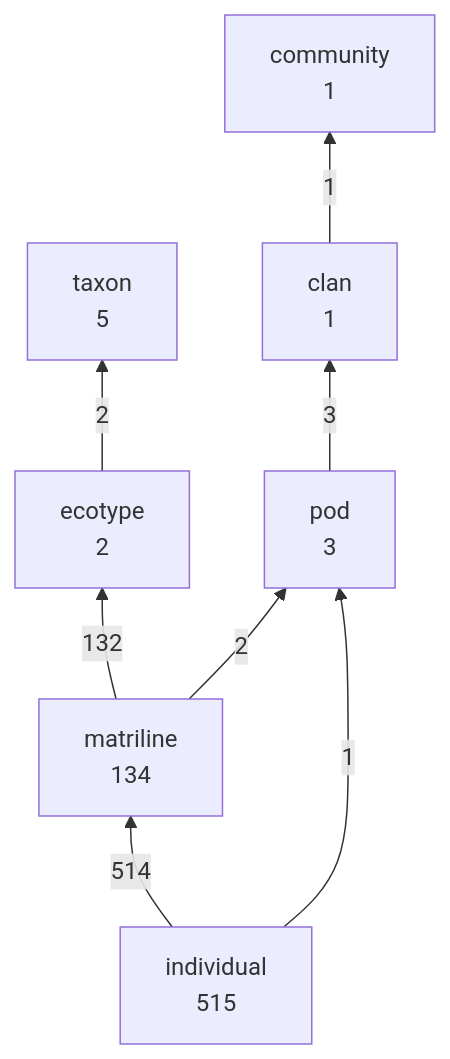
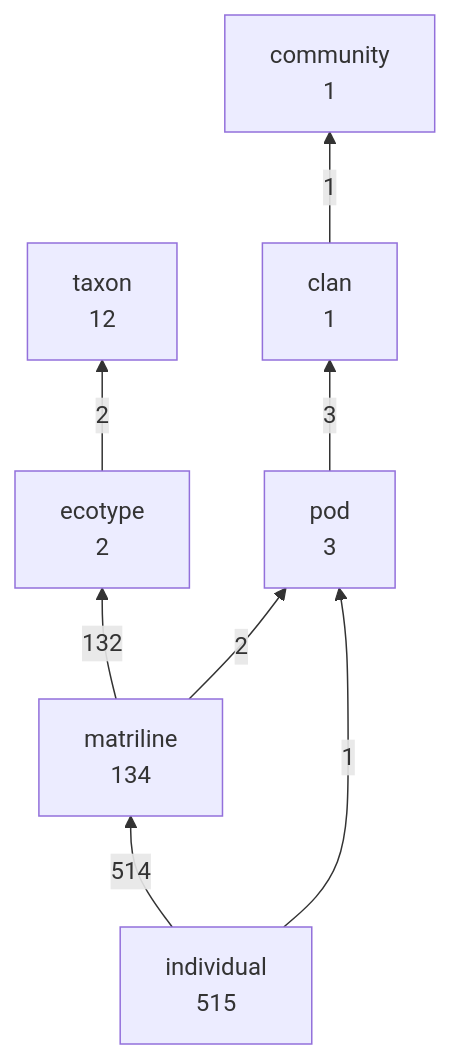
Before and after one commit to salish-sea/animals: the first of 2 diagrams in dist/structure.md, drawn with Mermaid. The commit also changed 4 other files, not shown here.

````diff
--- a/dist/structure.md
+++ b/dist/structure.md
@@ -11,17 +11,17 @@
 ```mermaid
 graph BT
   clan["clan<br/>1"]
   community["community<br/>1"]
   ecotype["ecotype<br/>2"]
   individual["individual<br/>515"]
   matriline["matriline<br/>134"]
   pod["pod<br/>3"]
-  taxon["taxon<br/>5"]
+  taxon["taxon<br/>12"]
   individual -->|514| matriline
   matriline -->|132| ecotype
   pod -->|3| clan
   ecotype -->|2| taxon
   matriline -->|2| pod
   clan -->|1| community
   individual -->|1| pod
 ```
````
